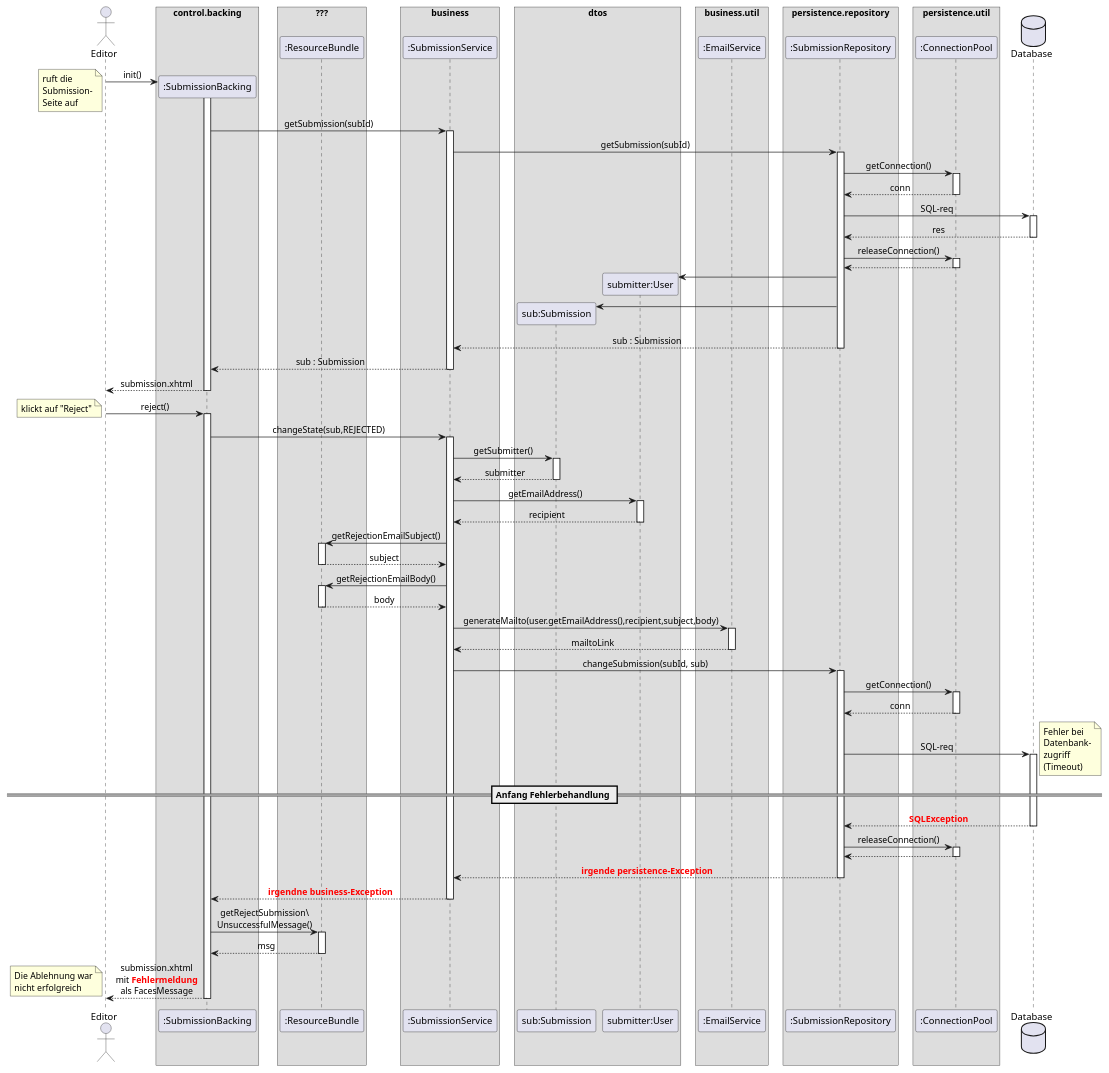
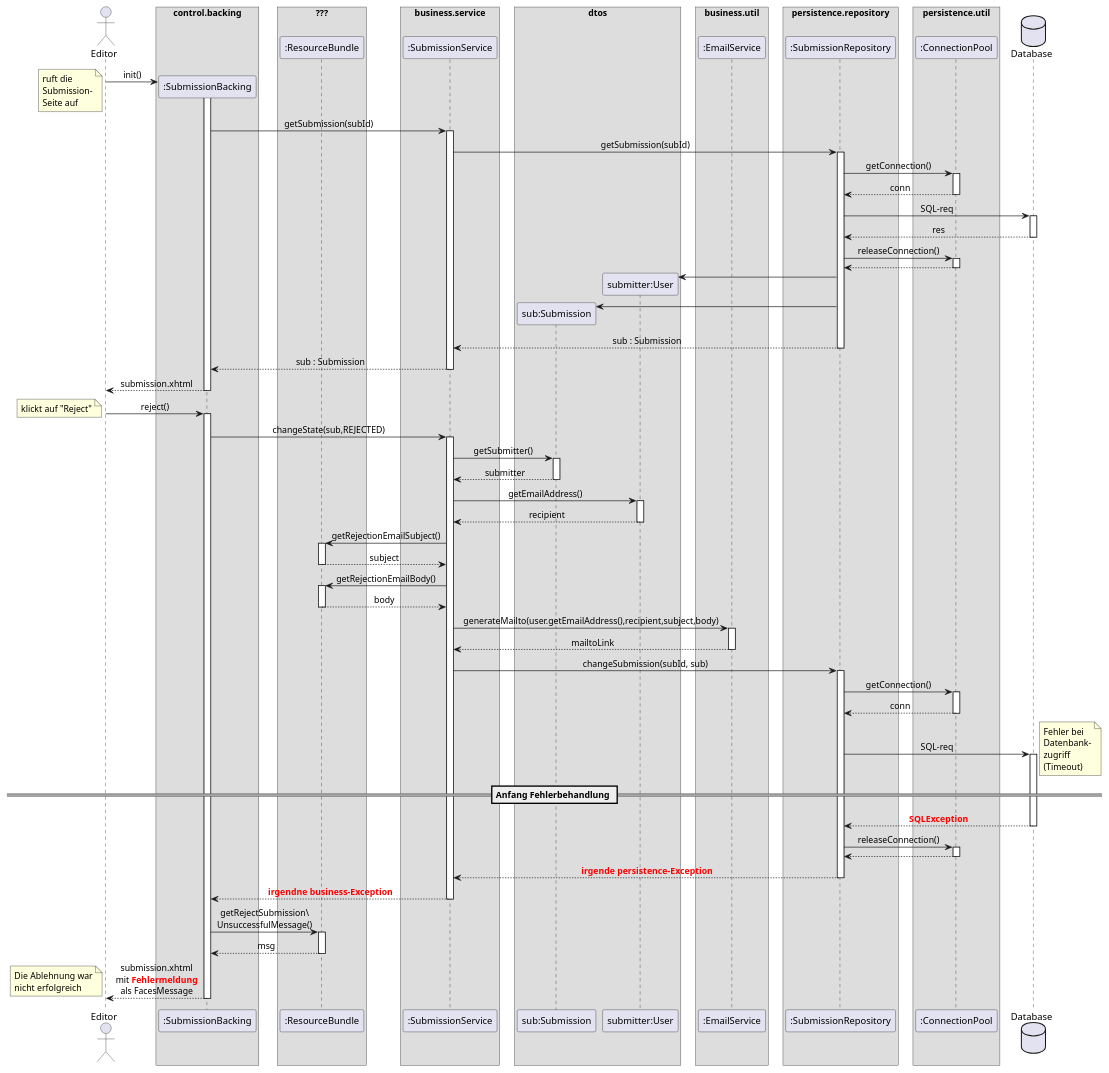
One commit to guersterst/LasEs changed the diagram in docs/Entwurf/puml/reject_submission.puml. Above: the diagram before and after it, drawn with PlantUML.

Commit message:
fix mistake in reject submission sequence diagram

```diff
--- a/docs/Entwurf/puml/reject_submission.puml
+++ b/docs/Entwurf/puml/reject_submission.puml
@@ -1,122 +1,122 @@
 @startuml
 'https://plantuml.com/sequence-diagram
 
 '!theme aws-orange
 skinparam sequenceMessageAlign center
 skinparam BoxPadding 10
 'autonumber
 'autoactivate on
 
 actor Editor as editor
 box "control.backing"
     participant ":SubmissionBacking" as subBacking
 end box
 box "???"
     participant ":ResourceBundle" as rscBundle
 end box
-box "business"
+box "business.service"
     participant ":SubmissionService" as subService
 end box
 box "dtos"
     participant "sub:Submission" as sub
     participant "submitter:User" as submitter
 end box
 box "business.util"
 participant ":EmailService" as emailService
 end box
 box persistence.repository
     participant ":SubmissionRepository" as subRepo
 end box
 box persistence.util
     participant ":ConnectionPool" as connPool
 end box
 database "Database" as db
 
 editor -> subBacking ** : init()
 note left
     ruft die
     Submission-
     Seite auf
 end note
 activate subBacking
         subBacking -> subService : getSubmission(subId)
         activate subService
             subService -> subRepo : getSubmission(subId)
             activate subRepo
                 subRepo -> connPool : getConnection()
                 activate connPool
                 return conn
                 subRepo -> db : SQL-req
                 activate db
                 return res
                 subRepo -> connPool : releaseConnection()
                     activate connPool
                     return
                 create submitter
                 subRepo -> submitter
                 create sub
                 subRepo -> sub
             return sub : Submission
         return sub : Submission
 return submission.xhtml
 
 editor -> subBacking : reject()
 note left
     klickt auf "Reject"
 end note
 activate subBacking
     subBacking -> subService : changeState(sub,REJECTED)
     activate subService
         subService -> sub : getSubmitter()
         activate sub
         return submitter
 '        subService -> sub : getAuthors()
 '        activate sub
 '        return addrs
         subService -> submitter : getEmailAddress()
         activate submitter
         return recipient
         subService -> rscBundle : getRejectionEmailSubject()
         activate rscBundle
         return subject
         subService -> rscBundle : getRejectionEmailBody()
         activate rscBundle
         return body
 
         subService -> emailService : generateMailto(user.getEmailAddress(),recipient,subject,body)
         activate emailService
         return mailtoLink
 
         subService -> subRepo : changeSubmission(subId, sub)
         activate subRepo
             subRepo -> connPool : getConnection()
             activate connPool
             return conn
             subRepo -> db : SQL-req
             activate db
             note right
                 Fehler bei
                 Datenbank-
                 zugriff
                 (Timeout)
             end note
 == Anfang Fehlerbehandlung ==
             return <font color=red><b>SQLException
             subRepo -> connPool : releaseConnection()
             activate connPool
             return
         return <font color=red><b>irgende persistence-Exception
     return <font color=red><b>irgendne business-Exception
 
     subBacking -> rscBundle : getRejectSubmission\\\nUnsuccessfulMessage()
     activate rscBundle
     return msg
 
 return submission.xhtml\nmit <font color=red><b>Fehlermeldung</b></font>\nals FacesMessage
 note left
 Die Ablehnung war
 nicht erfolgreich
 end note
 
 
 @enduml
```
